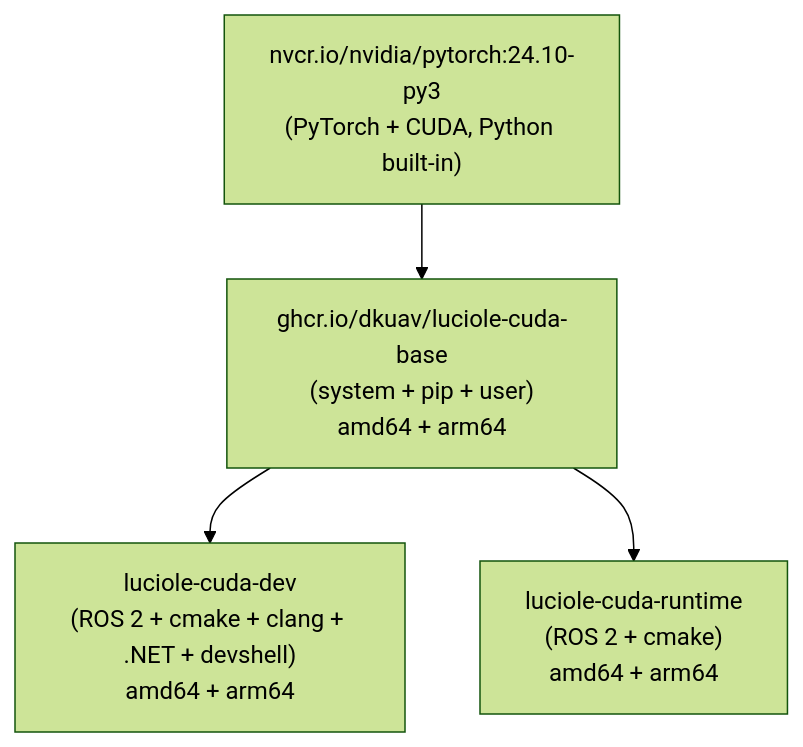
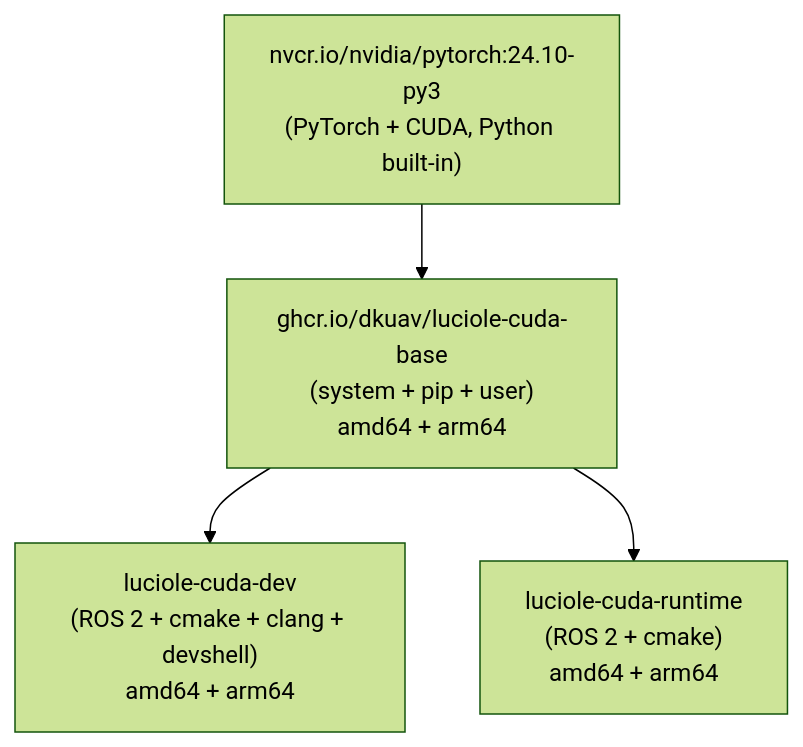
One commit to DKUAV/images changed the first of 2 diagrams in README.md. Above: the diagram before and after it, drawn with Mermaid (forest theme). The commit also changed other lines of this file and 21 other files, not shown here.

````diff
--- a/README.md
+++ b/README.md
@@ -11,7 +11,7 @@
 ```mermaid
 graph TD
   C["nvcr.io/nvidia/pytorch:24.10-py3\n(PyTorch + CUDA, Python built-in)"] --> CB["ghcr.io/dkuav/luciole-cuda-base\n(system + pip + user)\namd64 + arm64"]
 
-  CB --> HCD["luciole-cuda-dev\n(ROS 2 + cmake + clang + .NET + devshell)\namd64 + arm64"]
+  CB --> HCD["luciole-cuda-dev\n(ROS 2 + cmake + clang + devshell)\namd64 + arm64"]
   CB --> HCR["luciole-cuda-runtime\n(ROS 2 + cmake)\namd64 + arm64"]
 ```
````
